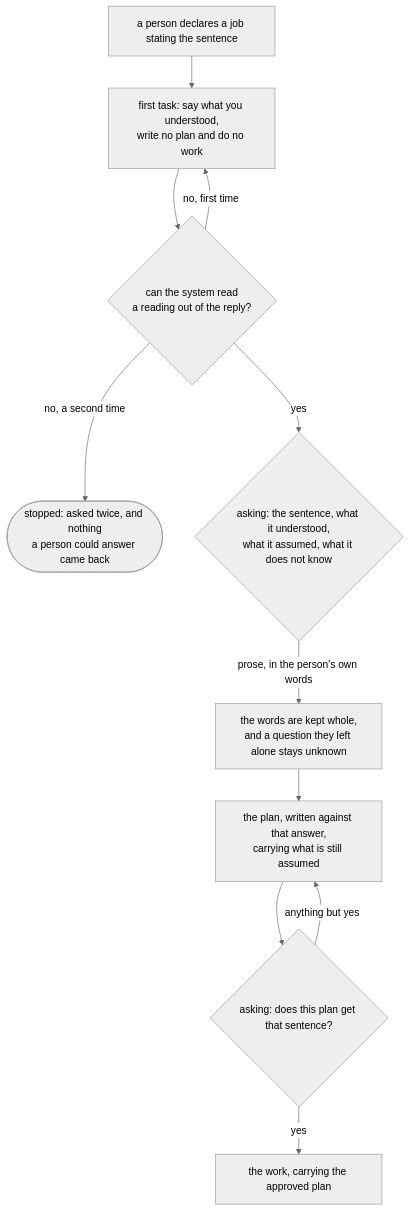
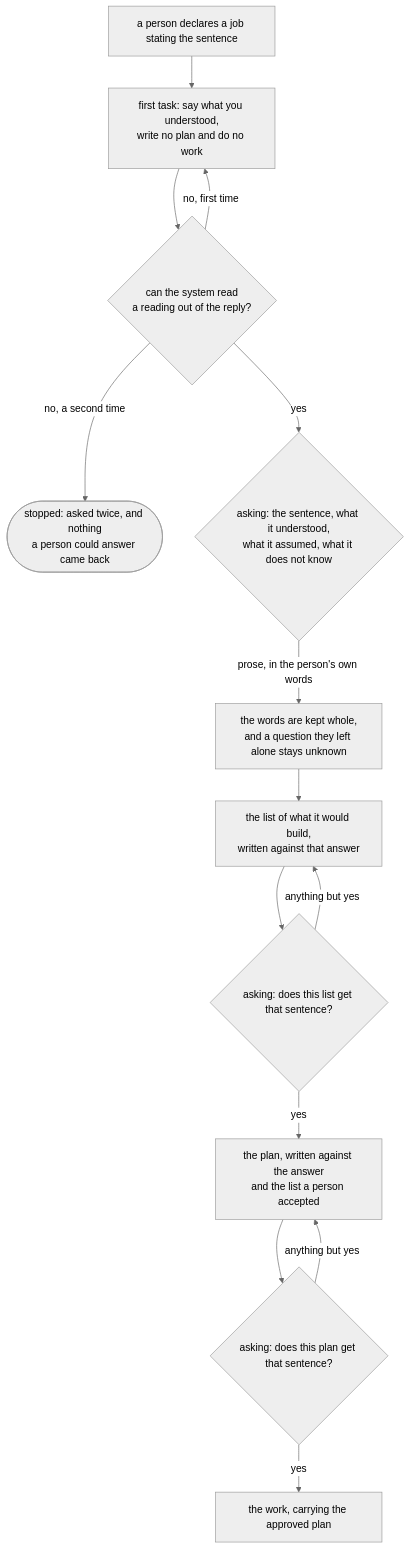
The third of 27 diagrams in docs/ORCHESTRATION.md (atlantic-blue/quay-crew), drawn with Mermaid (neutral theme) before and after one commit. The commit also changed other lines of this file and 43 other files, not shown here.

Commit message:
feat: a job says what it would build, and a person accepts the list, before it plans

````diff
--- a/docs/ORCHESTRATION.md
+++ b/docs/ORCHESTRATION.md
@@ -506,13 +506,16 @@
 ```mermaid
 flowchart TD
     SAID["a person declares a job stating the sentence"] --> SAY["first task: say what you understood,<br/>write no plan and do no work"]
     SAY --> READ{"can the system read<br/>a reading out of the reply?"}
     READ -->|"no, first time"| SAY
     READ -->|"no, a second time"| NONE(["stopped: asked twice, and nothing<br/>a person could answer came back"])
     READ -->|"yes"| ASK{"asking: the sentence, what it understood,<br/>what it assumed, what it does not know"}
     ASK -->|"prose, in the person's own words"| KEPT["the words are kept whole,<br/>and a question they left alone stays unknown"]
-    KEPT --> PLAN["the plan, written against that answer,<br/>carrying what is still assumed"]
+    KEPT --> LIST["the list of what it would build,<br/>written against that answer"]
+    LIST --> ACCEPT{"asking: does this list get that sentence?"}
+    ACCEPT -->|"anything but yes"| LIST
+    ACCEPT -->|"yes"| PLAN["the plan, written against the answer<br/>and the list a person accepted"]
     PLAN --> APPROVE{"asking: does this plan get that sentence?"}
     APPROVE -->|"anything but yes"| PLAN
     APPROVE -->|"yes"| WORK["the work, carrying the approved plan"]
 ```
````
